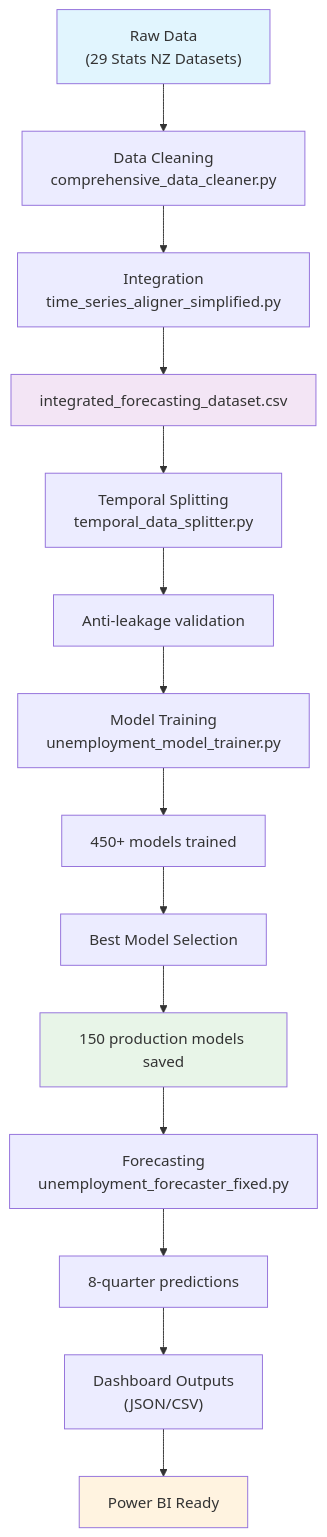
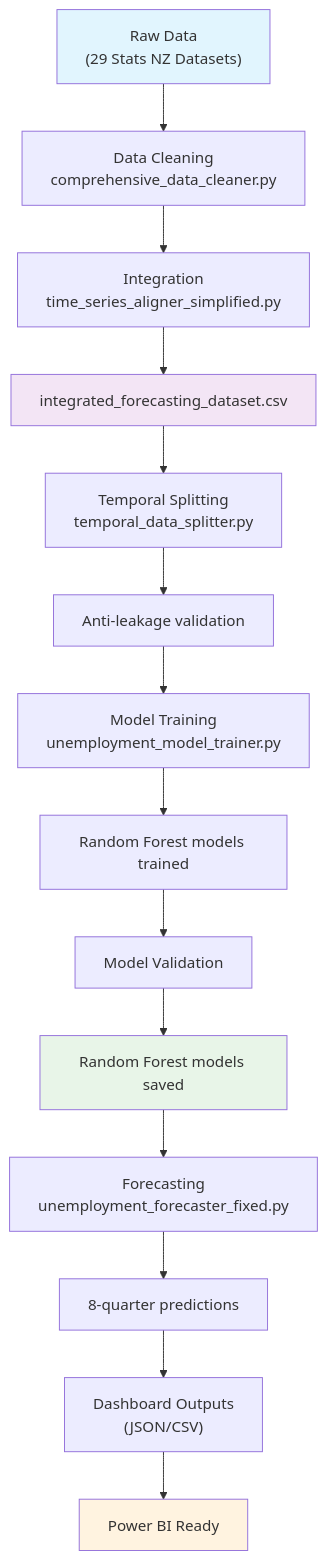
Before and after one commit to CalebFrums/JRKI-Capstone-Project: the diagram in README.md, drawn with Mermaid. The commit also changed other lines of this file and 6 other files, not shown here.

````diff
--- a/README.md
+++ b/README.md
@@ -36,21 +36,21 @@
 ```mermaid
 flowchart TD
     A["Raw Data<br/>(29 Stats NZ Datasets)"] --> B["Data Cleaning<br/>comprehensive_data_cleaner.py"]
     B --> C["Integration<br/>time_series_aligner_simplified.py"]
     C --> D["integrated_forecasting_dataset.csv"]
     D --> E["Temporal Splitting<br/>temporal_data_splitter.py"]
     E --> F["Anti-leakage validation"]
     F --> G["Model Training<br/>unemployment_model_trainer.py"]
-    G --> H["450+ models trained"]
-    H --> I["Best Model Selection"]
-    I --> J["150 production models saved"]
+    G --> H["Random Forest models trained"]
+    H --> I["Model Validation"]
+    I --> J["Random Forest models saved"]
     J --> K["Forecasting<br/>unemployment_forecaster_fixed.py"]
     K --> L["8-quarter predictions"]
     L --> M["Dashboard Outputs<br/>(JSON/CSV)"]
     M --> N["Power BI Ready"]
     
     style A fill:#e1f5fe
     style D fill:#f3e5f5
     style J fill:#e8f5e8
     style N fill:#fff3e0
 ```
````
